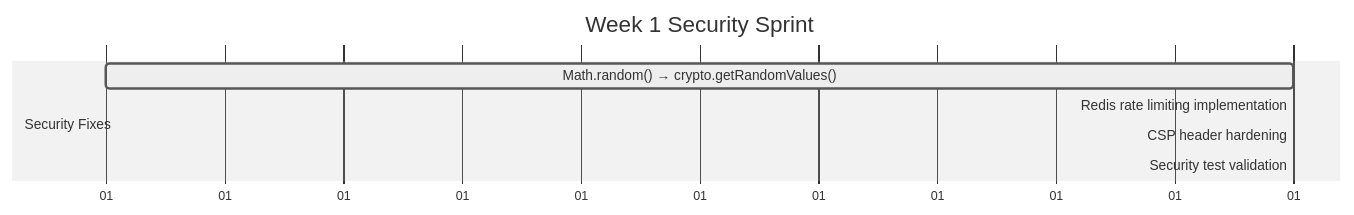
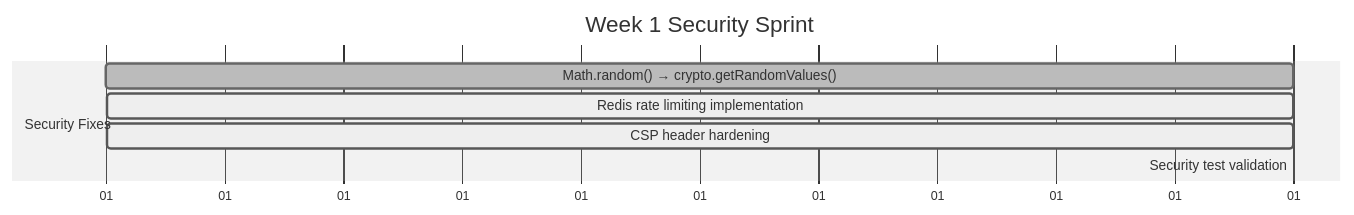
The second of 2 diagrams in planning/master-research-synthesis.md (BjornMelin/contribux), drawn with Mermaid (neutral theme) before and after one commit. The commit also changed other lines of this file and 3 other files, not shown here.

````diff
--- a/planning/master-research-synthesis.md
+++ b/planning/master-research-synthesis.md
@@ -187,12 +188,12 @@
 ```mermaid
 gantt
     title Week 1 Security Sprint
     dateFormat  X
     axisFormat %d
     
     section Security Fixes
-    Math.random() → crypto.getRandomValues()    :active, sec1, 0, 1
-    Redis rate limiting implementation          :sec2, after sec1, 1
-    CSP header hardening                       :sec3, after sec1, 1
+    Math.random() → crypto.getRandomValues()    :done, sec1, 0, 1
+    Redis rate limiting implementation          :active, sec2, 1, 1
+    CSP header hardening                       :active, sec3, 1, 1
     Security test validation                   :sec4, after sec2 sec3, 1
 ```
````
